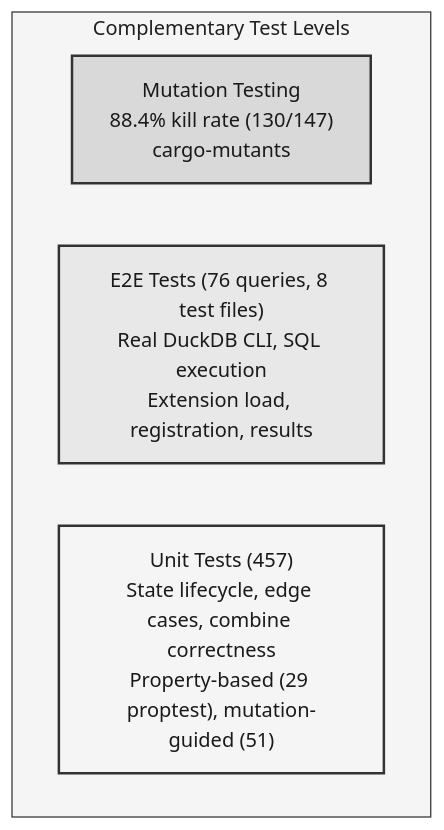
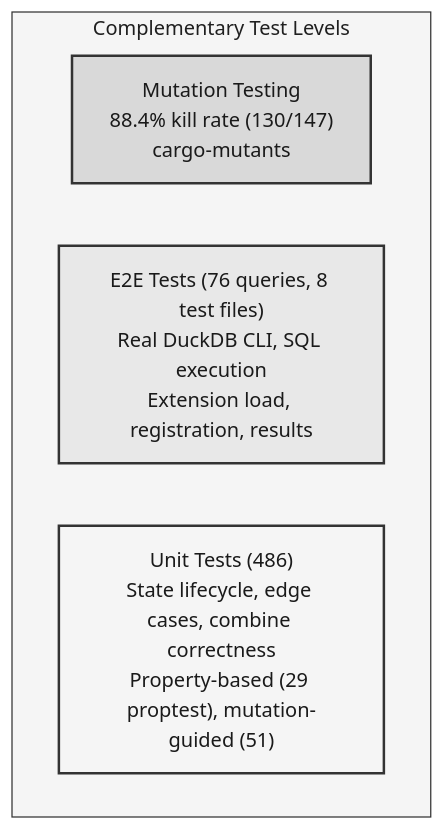
The second of 4 diagrams in docs/src/engineering.md (tomtom215/duckdb-behavioral), drawn with Mermaid before and after one commit. The commit also changed other lines of this file and 6 other files, not shown here.

````diff
--- a/docs/src/engineering.md
+++ b/docs/src/engineering.md
@@ -148,13 +151,13 @@
 ```mermaid
 %%{init: {'theme': 'base', 'themeVariables': {'primaryColor': '#ffffff', 'primaryTextColor': '#1a1a1a', 'primaryBorderColor': '#333333', 'lineColor': '#333333', 'secondaryColor': '#f5f5f5', 'tertiaryColor': '#e0e0e0', 'textColor': '#1a1a1a', 'clusterBkg': '#f5f5f5', 'clusterBorder': '#333333'}}}%%
 graph TB
     subgraph "Complementary Test Levels"
         L3["Mutation Testing<br/>88.4% kill rate (130/147)<br/>cargo-mutants"]
         L2["E2E Tests (76 queries, 8 test files)<br/>Real DuckDB CLI, SQL execution<br/>Extension load, registration, results"]
-        L1["Unit Tests (457)<br/>State lifecycle, edge cases, combine correctness<br/>Property-based (29 proptest), mutation-guided (51)"]
+        L1["Unit Tests (486)<br/>State lifecycle, edge cases, combine correctness<br/>Property-based (29 proptest), mutation-guided (51)"]
     end
 
     style L1 fill:#f5f5f5,stroke:#333333,stroke-width:2px,color:#1a1a1a
     style L2 fill:#e8e8e8,stroke:#333333,stroke-width:2px,color:#1a1a1a
     style L3 fill:#d9d9d9,stroke:#333333,stroke-width:2px,color:#1a1a1a
 ```
````
